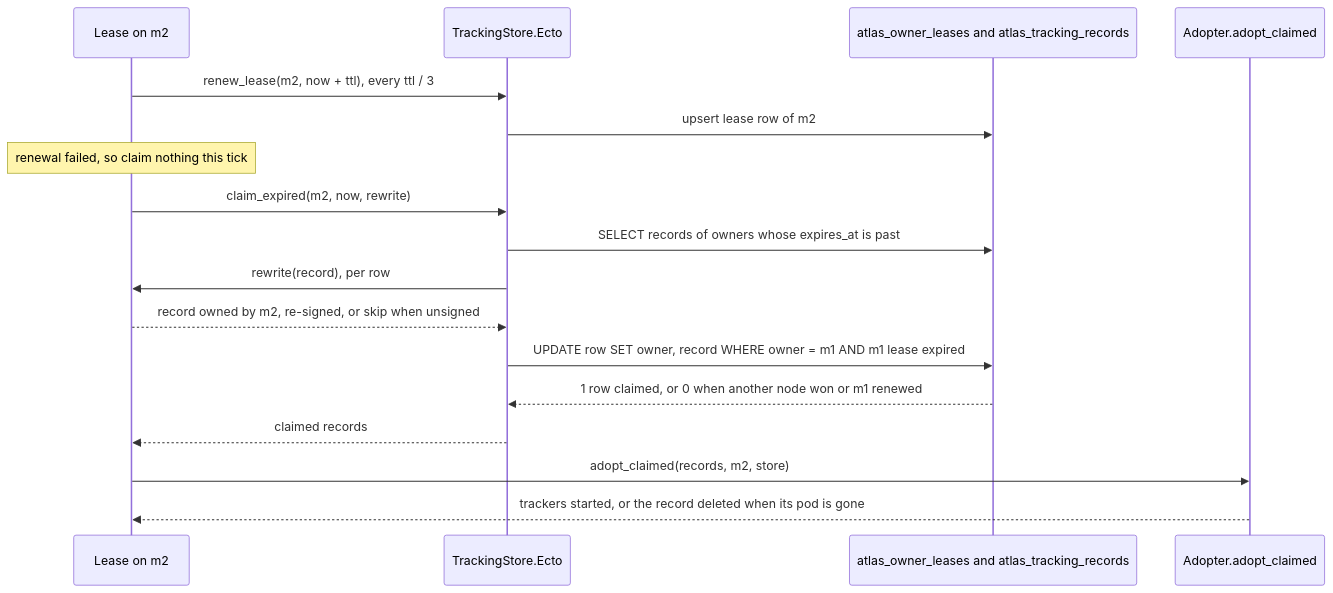
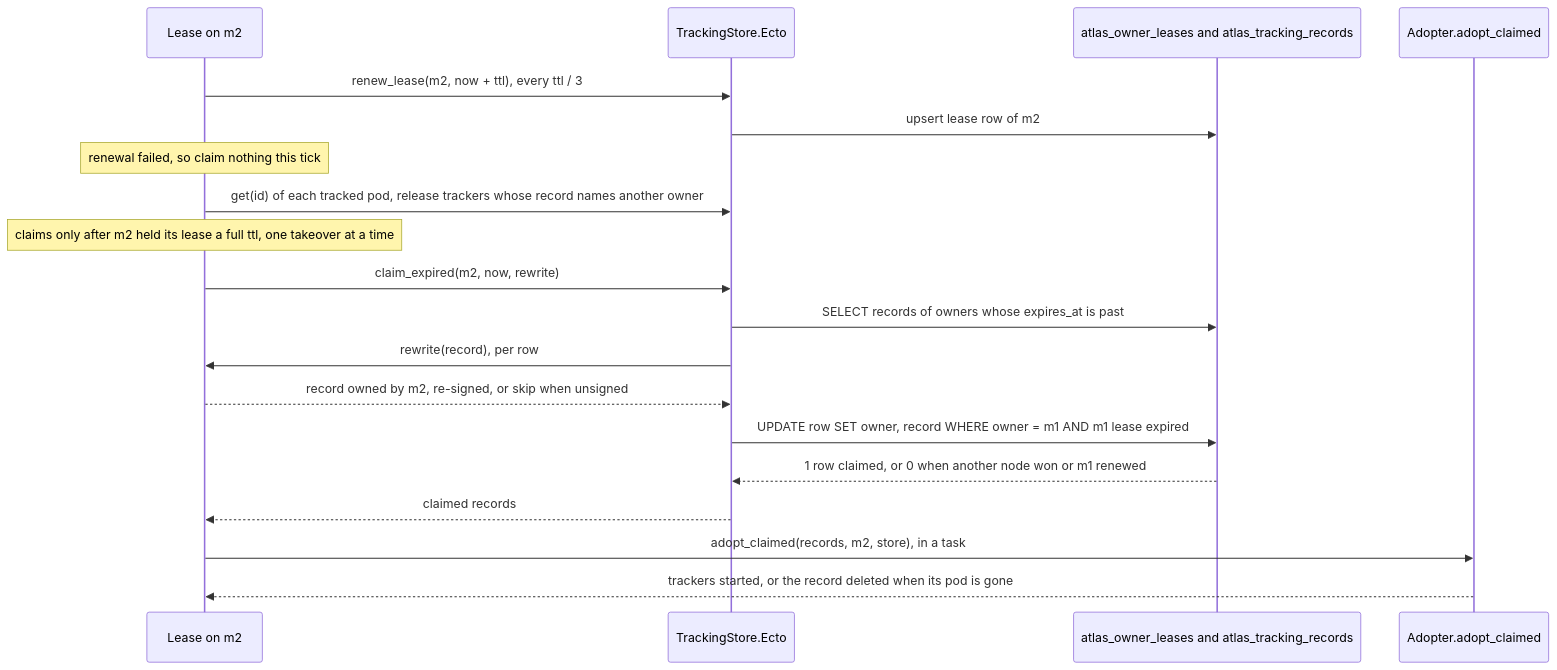
The third of 13 diagrams in docs/architecture.md (udin-io/ex_atlas), drawn with Mermaid before and after one commit. The commit also changed other lines of this file and 6 other files, not shown here.

Commit message:
docs: lease docs match the review fixes: the hold rule, release on every renewal, the 1 s floor and the decisions taken, refs #132

````diff
--- a/docs/architecture.md
+++ b/docs/architecture.md
@@ -149,19 +149,21 @@
 ```mermaid
 sequenceDiagram
   participant L2 as Lease on m2
   participant Store as TrackingStore.Ecto
   participant DB as atlas_owner_leases and atlas_tracking_records
   participant Adopter as Adopter.adopt_claimed
   L2->>Store: renew_lease(m2, now + ttl), every ttl / 3
   Store->>DB: upsert lease row of m2
   Note over L2: renewal failed, so claim nothing this tick
+  L2->>Store: get(id) of each tracked pod, release trackers whose record names another owner
+  Note over L2: claims only after m2 held its lease a full ttl, one takeover at a time
   L2->>Store: claim_expired(m2, now, rewrite)
   Store->>DB: SELECT records of owners whose expires_at is past
   Store->>L2: rewrite(record), per row
   L2-->>Store: record owned by m2, re-signed, or skip when unsigned
   Store->>DB: UPDATE row SET owner, record WHERE owner = m1 AND m1 lease expired
   DB-->>Store: 1 row claimed, or 0 when another node won or m1 renewed
   Store-->>L2: claimed records
-  L2->>Adopter: adopt_claimed(records, m2, store)
+  L2->>Adopter: adopt_claimed(records, m2, store), in a task
   Adopter-->>L2: trackers started, or the record deleted when its pod is gone
 ```
````
